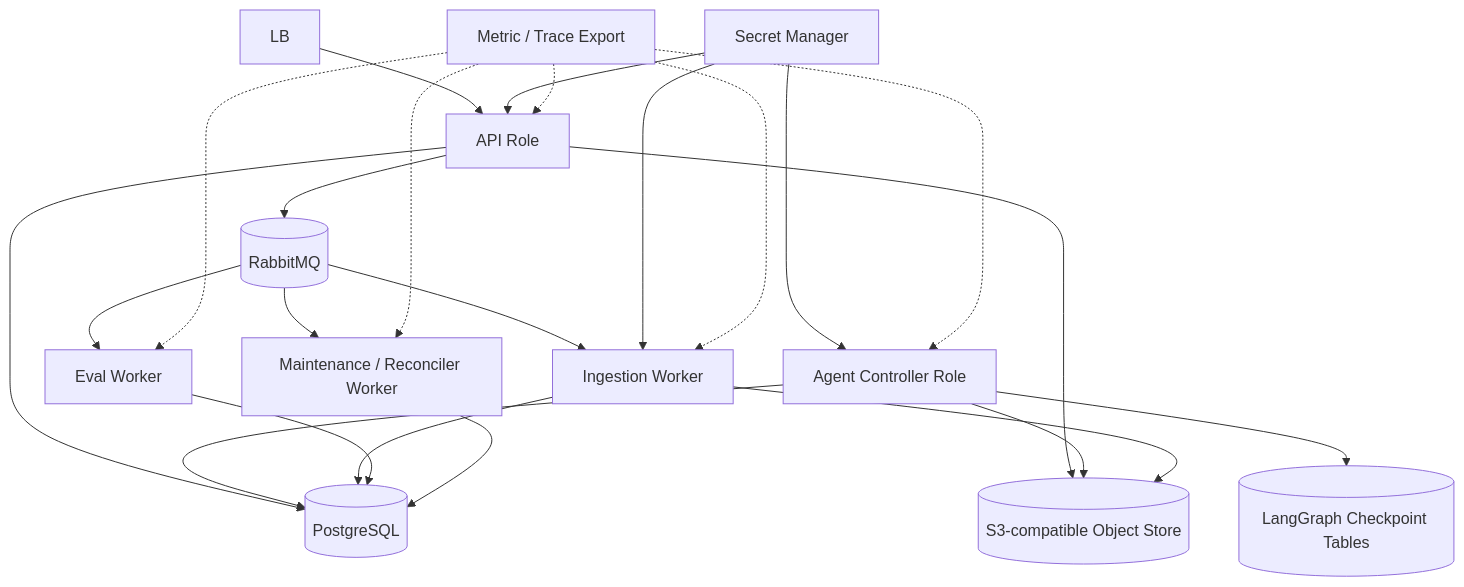
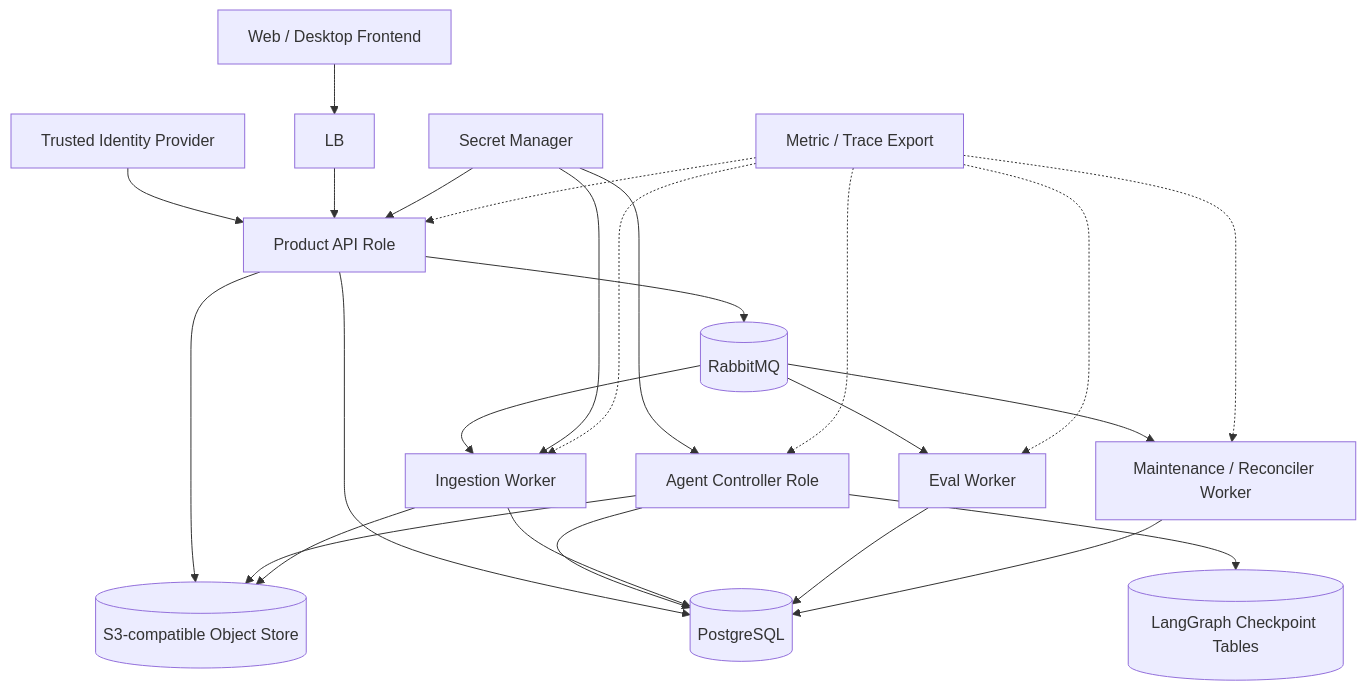
One commit to ProfessorZhi/Zuno changed the third of 3 diagrams in .agent/modules/11-infrastructure.md. Above: the diagram before and after it, drawn with Mermaid. The commit also changed other lines of this file and 9 other files, not shown here.

Commit message:
docs: apply Wave 1 architecture coordination diagnostics

````diff
--- a/.agent/modules/11-infrastructure.md
+++ b/.agent/modules/11-infrastructure.md
@@ -252,21 +267,23 @@
 ```mermaid
 flowchart TB
-  LB --> API[API Role]
+  Frontend[Web / Desktop Frontend] --> LB
+  IdP[Trusted Identity Provider] --> API
+  LB --> API[Product API Role]
   API --> PG[(PostgreSQL)]
   API --> OBJ[(S3-compatible Object Store)]
   API --> MQ[(RabbitMQ)]
   Controller[Agent Controller Role] --> PG
   Controller --> CP[(LangGraph Checkpoint Tables)]
   Controller --> OBJ
   MQ --> Ingest[Ingestion Worker]
   MQ --> Eval[Eval Worker]
   MQ --> Maint[Maintenance / Reconciler Worker]
   Ingest --> PG
   Ingest --> OBJ
   Eval --> PG
   Maint --> PG
   Secrets[Secret Manager] --> API
   Secrets --> Controller
   Secrets --> Ingest
   Telemetry[Metric / Trace Export] -.-> API & Controller & Ingest & Eval & Maint
 ```
````
